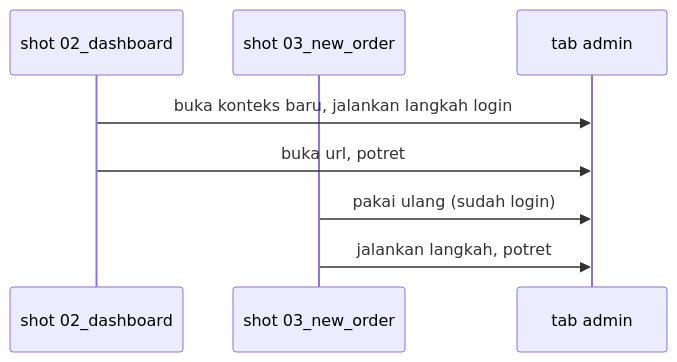
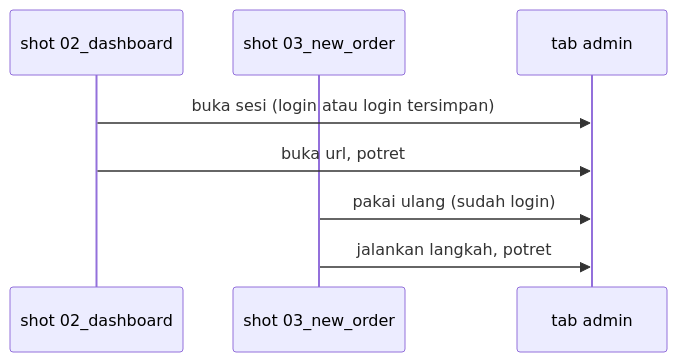
The third of 3 diagrams in docs/how-it-works/how-it-works.id.md (karsawave/gushot), drawn with Mermaid before and after one commit. The commit also changed other lines of this file and 4 other files, not shown here.

Commit message:
Docs: how-it-works diagrams for video and keepLogin; freshSession wording

````diff
--- a/docs/how-it-works/how-it-works.id.md
+++ b/docs/how-it-works/how-it-works.id.md
@@ -37,10 +57,10 @@
 ```mermaid
 sequenceDiagram
     participant S1 as shot 02_dashboard
     participant S2 as shot 03_new_order
     participant Tab as tab admin
-    S1->>Tab: buka konteks baru, jalankan langkah login
+    S1->>Tab: buka sesi (login atau login tersimpan)
     S1->>Tab: buka url, potret
     S2->>Tab: pakai ulang (sudah login)
     S2->>Tab: jalankan langkah, potret
 ```
````
